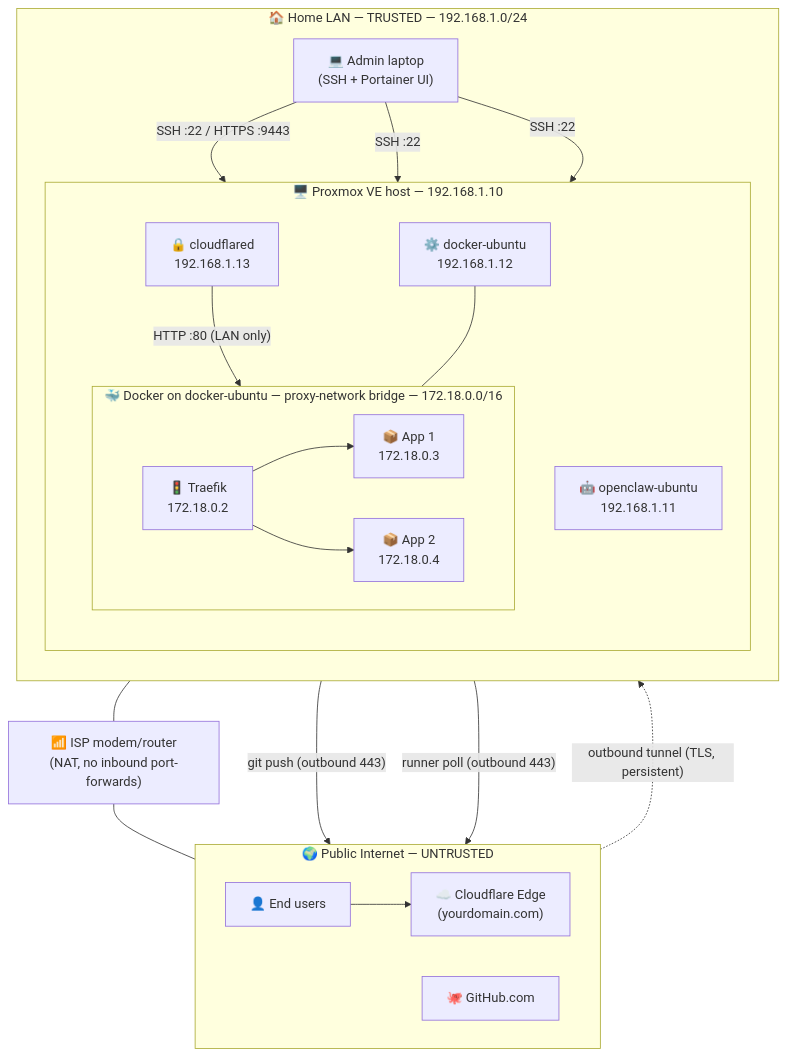
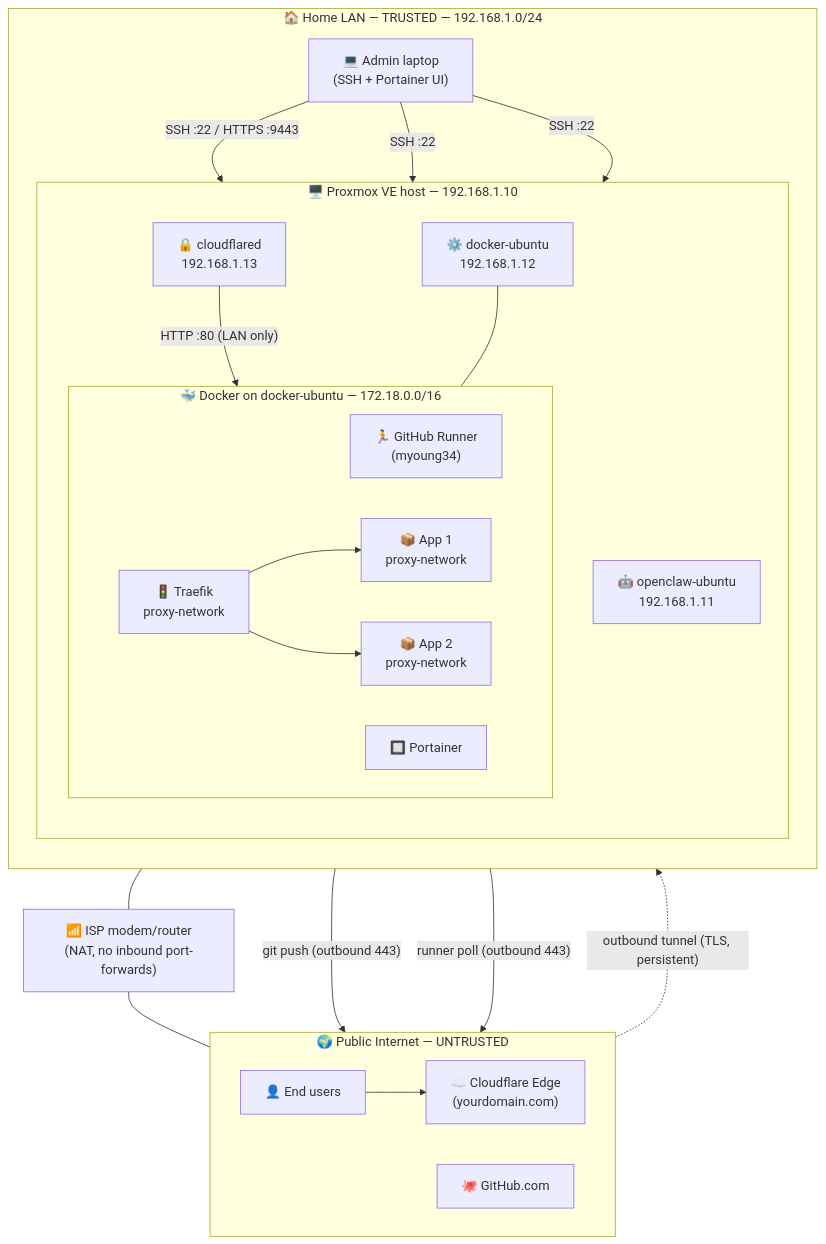
The second of 4 diagrams in README.md (fire3san/homelabpipeline), drawn with Mermaid before and after one commit. The commit also changed other lines of this file and 6 other files, not shown here.

First line of the commit message:
Add deployment guide, Docker-based GitHub runner, and homelabdeploy template

````diff
--- a/README.md
+++ b/README.md
@@ -86,45 +92,47 @@
 ```mermaid
 flowchart TB
     subgraph WAN["🌍 Public Internet — UNTRUSTED"]
         direction LR
         U["👤 End users"]
         CFE["☁️ Cloudflare Edge<br/>(yourdomain.com)"]
         GHC["🐙 GitHub.com"]
     end
 
     ISP["📶 ISP modem/router<br/>(NAT, no inbound port-forwards)"]
 
     subgraph LAN["🏠 Home LAN — TRUSTED — 192.168.1.0/24"]
         direction TB
         Admin["💻 Admin laptop<br/>(SSH + Portainer UI)"]
         subgraph PROX["🖥️ Proxmox VE host — 192.168.1.10"]
             direction TB
             VMC["🤖 openclaw-ubuntu<br/>192.168.1.11"]
             VMD["⚙️ docker-ubuntu<br/>192.168.1.12"]
             VMT["🔒 cloudflared<br/>192.168.1.13"]
-            subgraph DOCK["🐳 Docker on docker-ubuntu — proxy-network bridge — 172.18.0.0/16"]
+            subgraph DOCK["🐳 Docker on docker-ubuntu — 172.18.0.0/16"]
                 direction LR
-                TRA["🚦 Traefik<br/>172.18.0.2"]
-                APP1["📦 App 1<br/>172.18.0.3"]
-                APP2["📦 App 2<br/>172.18.0.4"]
+                RUN["🏃 GitHub Runner<br/>(myoung34)"]
+                TRA["🚦 Traefik<br/>proxy-network"]
+                POR["🔲 Portainer"]
+                APP1["📦 App 1<br/>proxy-network"]
+                APP2["📦 App 2<br/>proxy-network"]
             end
             VMD --- DOCK
         end
     end
 
     U --> CFE
     CFE -. "outbound tunnel (TLS, persistent)" .-> VMT
     VMT -- "HTTP :80 (LAN only)" --> TRA
     TRA --> APP1
     TRA --> APP2
 
     VMC -- "git push (outbound 443)" --> GHC
-    VMD -- "runner poll (outbound 443)" --> GHC
+    RUN -- "runner poll (outbound 443)" --> GHC
 
     Admin -- "SSH :22 / HTTPS :9443" --> VMD
     Admin -- "SSH :22" --> VMC
     Admin -- "SSH :22" --> VMT
 
     LAN --- ISP
     ISP --- WAN
 ```
````
